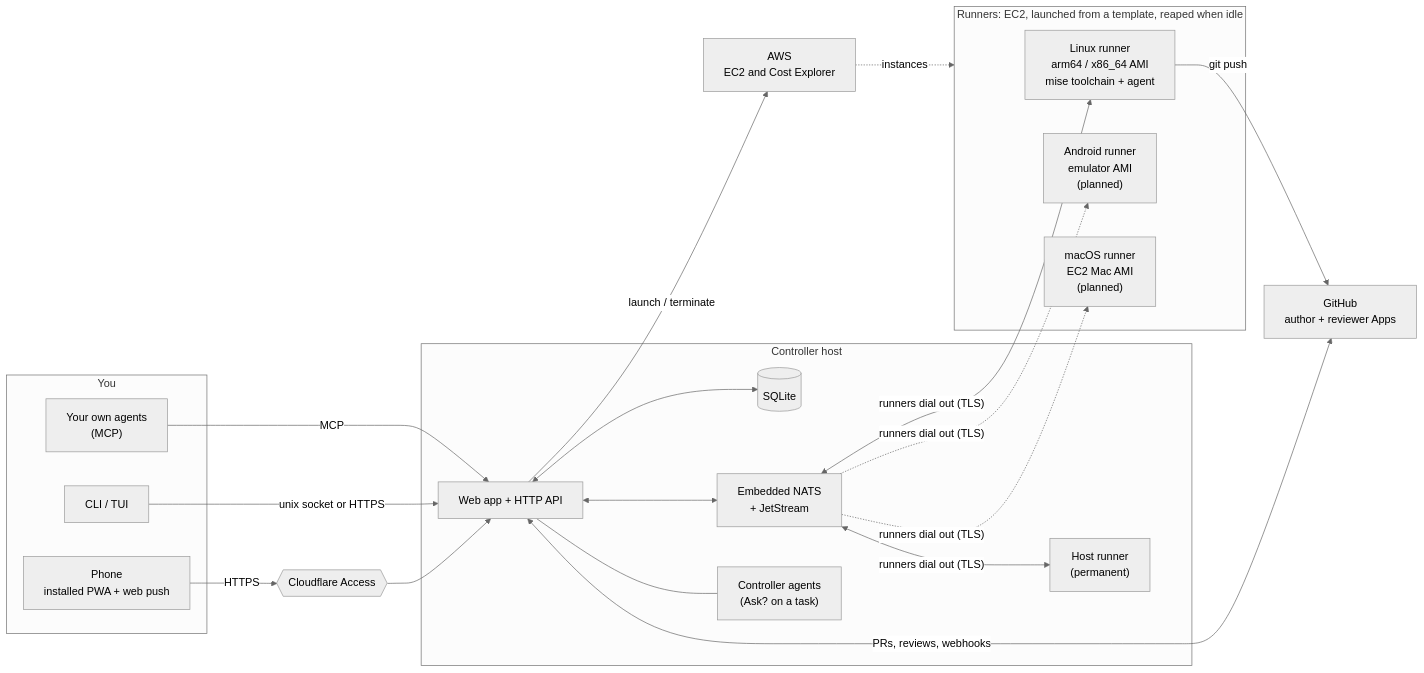
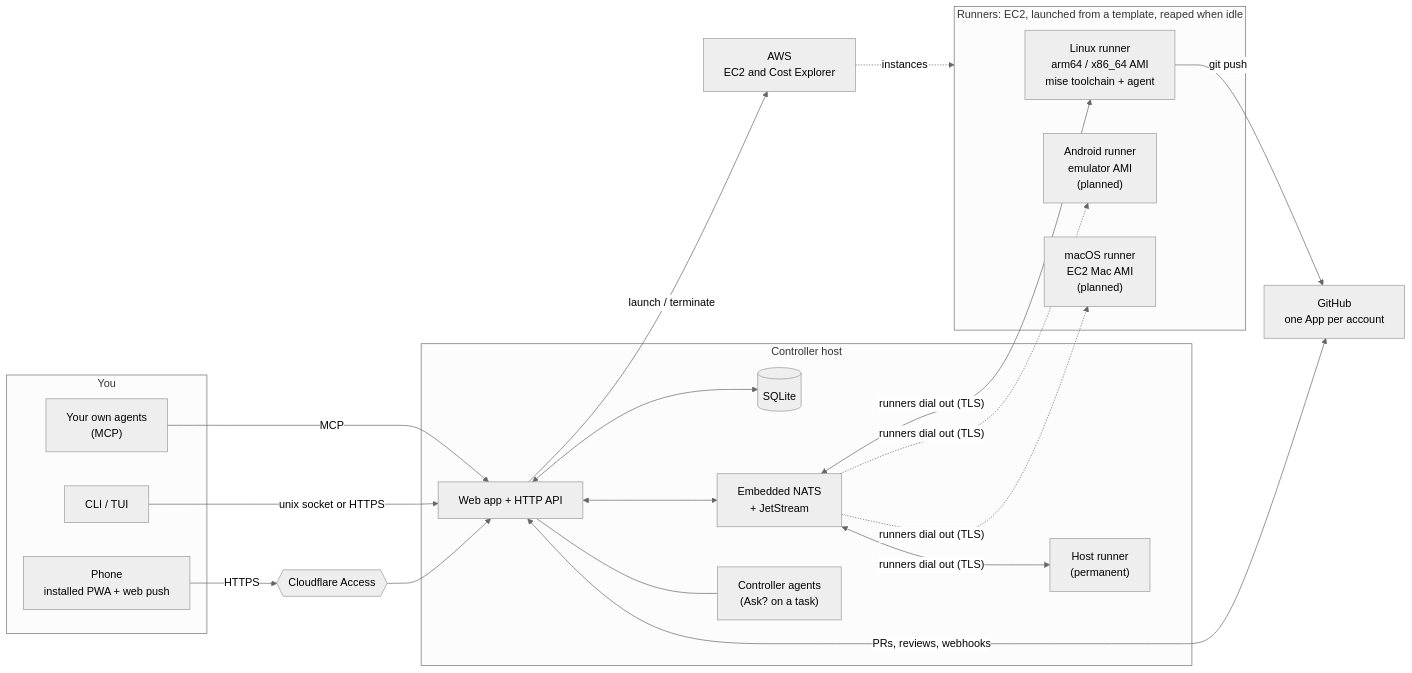
One commit to AgenticWrestling/wrangl changed the diagram in README.md. Above: the diagram before and after it, drawn with Mermaid (neutral theme). The commit also changed other lines of this file and 2 other files, not shown here.

Commit message:
docs: INSTALL, README and SKILL describe the one-App-per-account GitHub setup

````diff
--- a/README.md
+++ b/README.md
@@ -50,42 +50,42 @@
 ```mermaid
 flowchart LR
   subgraph clients["You"]
     phone["Phone<br/>installed PWA + web push"]
     cli["CLI / TUI"]
     own["Your own agents<br/>(MCP)"]
   end
 
   cf{{"Cloudflare Access"}}
 
   subgraph ctl["Controller host"]
     api["Web app + HTTP API"]
     db[("SQLite")]
     nats["Embedded NATS<br/>+ JetStream"]
     cagent["Controller agents<br/>(Ask? on a task)"]
     hostr["Host runner<br/>(permanent)"]
   end
 
   subgraph fleet["Runners: EC2, launched from a template, reaped when idle"]
     linux["Linux runner<br/>arm64 / x86_64 AMI<br/>mise toolchain + agent"]
     android["Android runner<br/>emulator AMI<br/>(planned)"]
     mac["macOS runner<br/>EC2 Mac AMI<br/>(planned)"]
   end
 
-  gh["GitHub<br/>author + reviewer Apps"]
+  gh["GitHub<br/>one App per account"]
   aws["AWS<br/>EC2 and Cost Explorer"]
 
   phone -->|HTTPS| cf --> api
   cli -->|"unix socket or HTTPS"| api
   own -->|MCP| api
   api <--> db
   api <--> nats
   api --- cagent
   nats <-->|"runners dial out (TLS)"| hostr
   nats <-->|"runners dial out (TLS)"| linux
   nats -.->|"runners dial out (TLS)"| android
   nats -.->|"runners dial out (TLS)"| mac
   api -->|launch / terminate| aws
   aws -.->|instances| fleet
   api <-->|"PRs, reviews, webhooks"| gh
   linux -->|"git push"| gh
 ```
````
